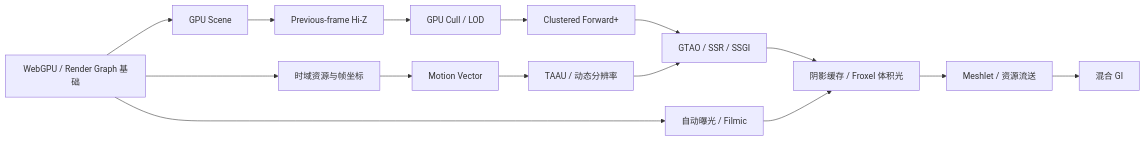
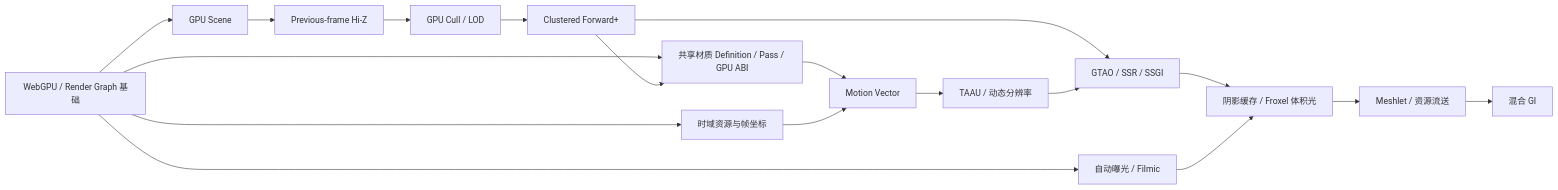
Before and after one commit to hiloteam/Hilo3d: the first of 3 diagrams in documentation/MODERN_WEBGPU_RENDERING_ROADMAP.md, drawn with Mermaid. The commit also changed other lines of this file and 2 other files, not shown here.

````diff
--- a/documentation/MODERN_WEBGPU_RENDERING_ROADMAP.md
+++ b/documentation/MODERN_WEBGPU_RENDERING_ROADMAP.md
@@ -28,17 +34,20 @@
 ```mermaid
 flowchart LR
   F["WebGPU / Render Graph 基础"] --> G["GPU Scene"]
+  F --> MAT["共享材质 Definition / Pass / GPU ABI"]
   F --> T["时域资源与帧坐标"]
   F --> E["自动曝光 / Filmic"]
   G --> H["Previous-frame Hi-Z"]
   H --> C["GPU Cull / LOD"]
   C --> L["Clustered Forward+"]
+  L --> MAT
+  MAT --> M["Motion Vector"]
   T --> M["Motion Vector"]
   M --> U["TAAU / 动态分辨率"]
   L --> Q["GTAO / SSR / SSGI"]
   U --> Q
   Q --> V["阴影缓存 / Froxel 体积光"]
   E --> V
   V --> A["Meshlet / 资源流送"]
   A --> GI["混合 GI"]
 ```
````
